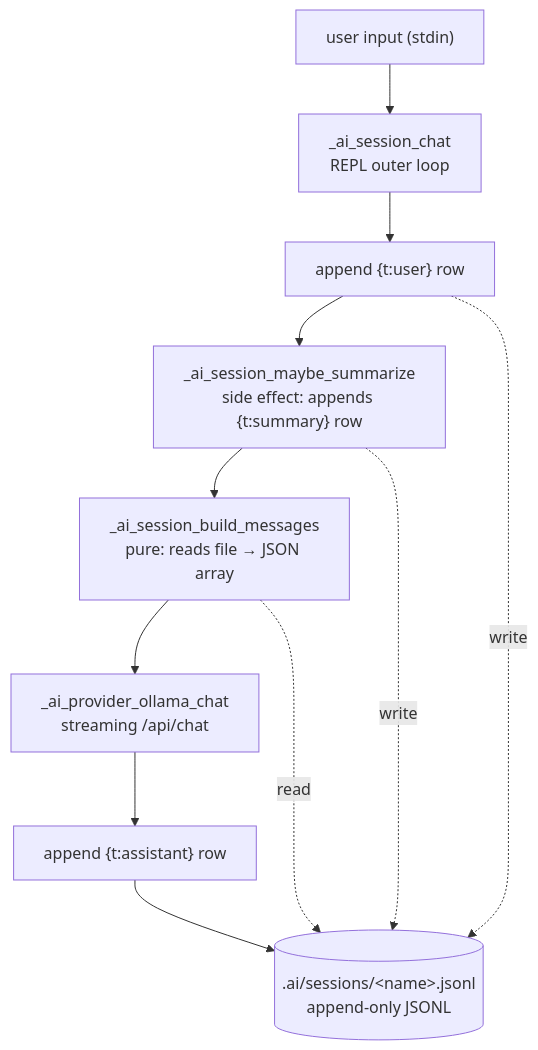
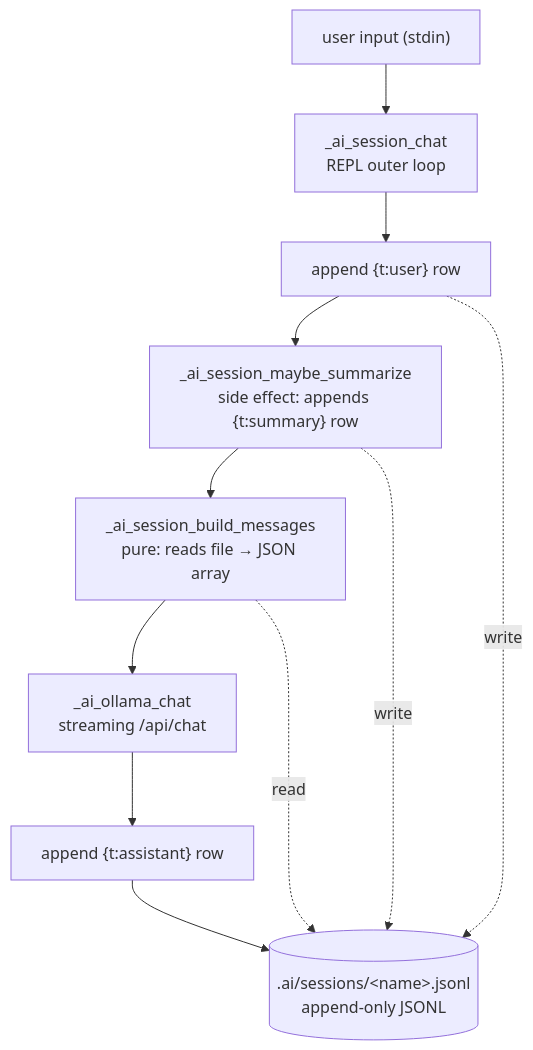
Before and after one commit to alnovis/dotfiles-mac: the second of 2 diagrams in docs/fish/ai/architecture.md, drawn with Mermaid. The commit also changed other lines of this file and 9 other files, not shown here.

````diff
--- a/docs/fish/ai/architecture.md
+++ b/docs/fish/ai/architecture.md
@@ -275,21 +347,21 @@
 ```mermaid
 flowchart TD
     stdin["user input (stdin)"]
     repl["_ai_session_chat<br/>REPL outer loop"]
     maybe["_ai_session_maybe_summarize<br/>side effect: appends {t:summary} row"]
     build["_ai_session_build_messages<br/>pure: reads file → JSON array"]
-    api["_ai_provider_ollama_chat<br/>streaming /api/chat"]
+    api["_ai_ollama_chat<br/>streaming /api/chat"]
     append["append {t:assistant} row"]
     jsonl[(".ai/sessions/&lt;name&gt;.jsonl<br/>append-only JSONL")]
 
     stdin --> repl
     repl --> append_user["append {t:user} row"]
     append_user --> maybe
     maybe --> build
     build --> api
     api --> append
     append --> jsonl
     maybe -.write.-> jsonl
     append_user -.write.-> jsonl
     build -.read.-> jsonl
 ```
````
